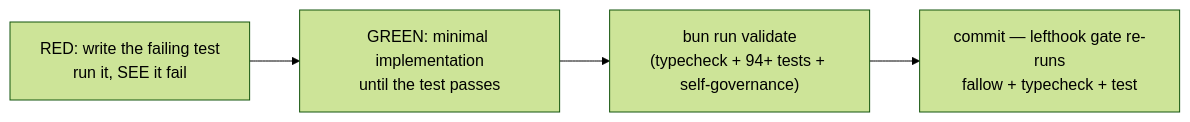
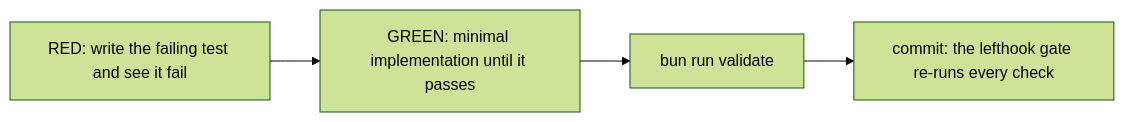
One commit to Disble/dlinter-ts-react changed the second of 2 diagrams in docs/testing.md. Above: the diagram before and after it, drawn with Mermaid (forest theme). The commit also changed other lines of this file and 2 other files, not shown here.

First line of the commit message:
docs: use conservative mermaid syntax so diagrams render

````diff
--- a/docs/testing.md
+++ b/docs/testing.md
@@ -61,6 +61,6 @@
 ```mermaid
 flowchart LR
-    R["RED: write the failing test<br/>run it, SEE it fail"] --> G["GREEN: minimal implementation<br/>until the test passes"]
-    G --> V["bun run validate<br/>(typecheck + 94+ tests + self-governance)"]
-    V --> C["commit — lefthook gate re-runs<br/>fallow + typecheck + test"]
+    R["RED: write the failing test and see it fail"] --> G["GREEN: minimal implementation until it passes"]
+    G --> V["bun run validate"]
+    V --> C["commit: the lefthook gate re-runs every check"]
 ```
````
